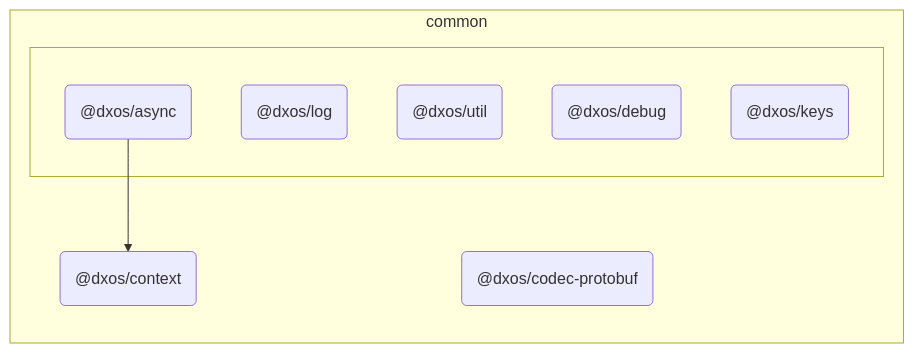
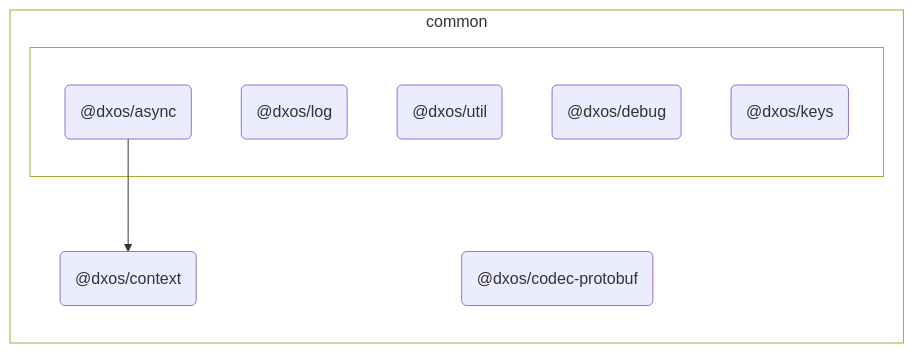
Before and after one commit to dxos/dxos: the diagram in packages/common/codec-protobuf/docs/README.md, drawn with Mermaid. The commit also changed 80 other files, not shown here.

````diff
--- a/packages/common/codec-protobuf/docs/README.md
+++ b/packages/common/codec-protobuf/docs/README.md
@@ -7,31 +7,36 @@
 ```mermaid
 %%{ init: {'flowchart':{'curve':'basis'}} }%%
 
 flowchart LR
 
+%% Classes
+
+
+
 %% Nodes
 
 subgraph common [common]
+  style common fill:transparent
   dxos/codec-protobuf("@dxos/codec-protobuf"):::root
   click dxos/codec-protobuf "dxos/dxos/tree/main/packages/common/codec-protobuf/docs"
   dxos/context("@dxos/context"):::def
   click dxos/context "dxos/dxos/tree/main/packages/common/context/docs"
 
   subgraph _ [ ]
+    style _ fill:transparent
     dxos/async("@dxos/async"):::def
     click dxos/async "dxos/dxos/tree/main/packages/common/async/docs"
     dxos/log("@dxos/log"):::def
     click dxos/log "dxos/dxos/tree/main/packages/common/log/docs"
     dxos/util("@dxos/util"):::def
     click dxos/util "dxos/dxos/tree/main/packages/common/util/docs"
     dxos/debug("@dxos/debug"):::def
     click dxos/debug "dxos/dxos/tree/main/packages/common/debug/docs"
     dxos/keys("@dxos/keys"):::def
     click dxos/keys "dxos/dxos/tree/main/packages/common/keys/docs"
   end
 end
 
 %% Links
-linkStyle default stroke:#333,stroke-width:1px
 dxos/async --> dxos/context
 ```
````
